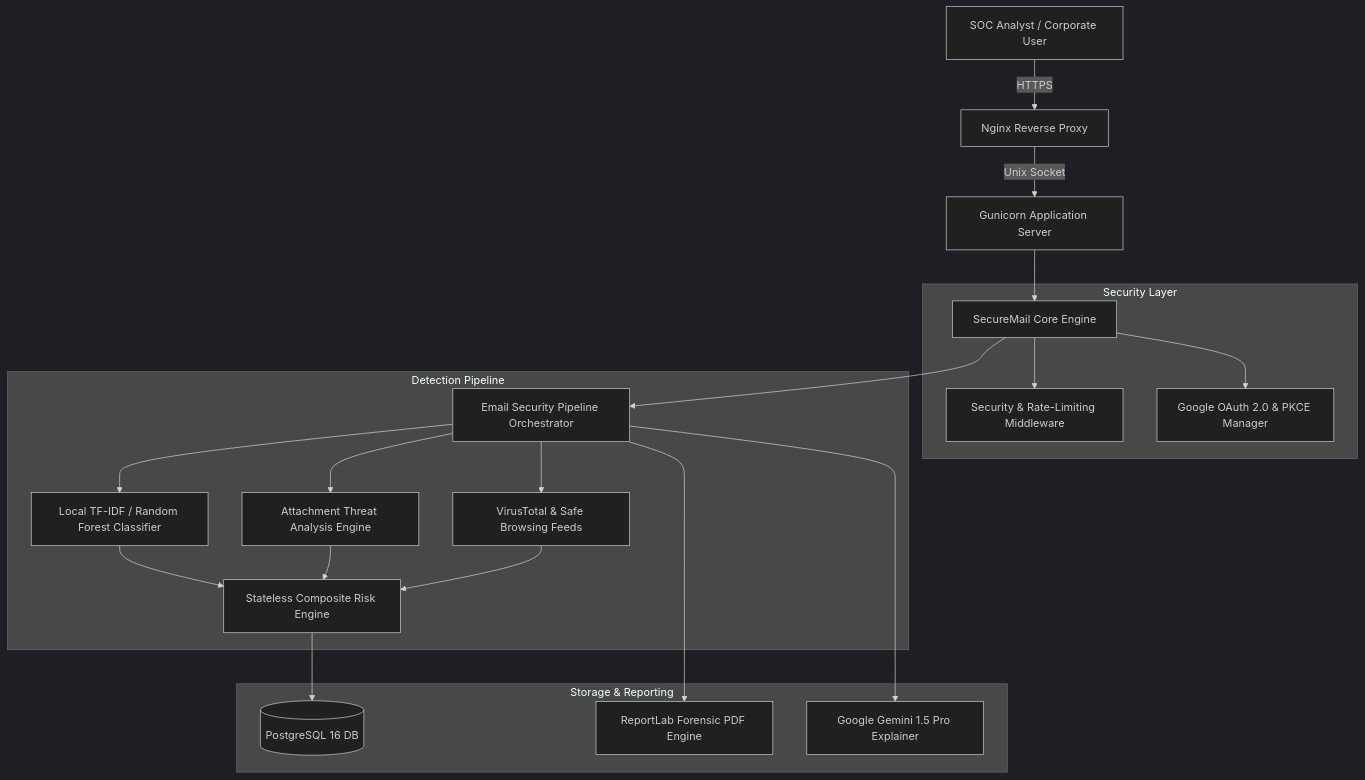
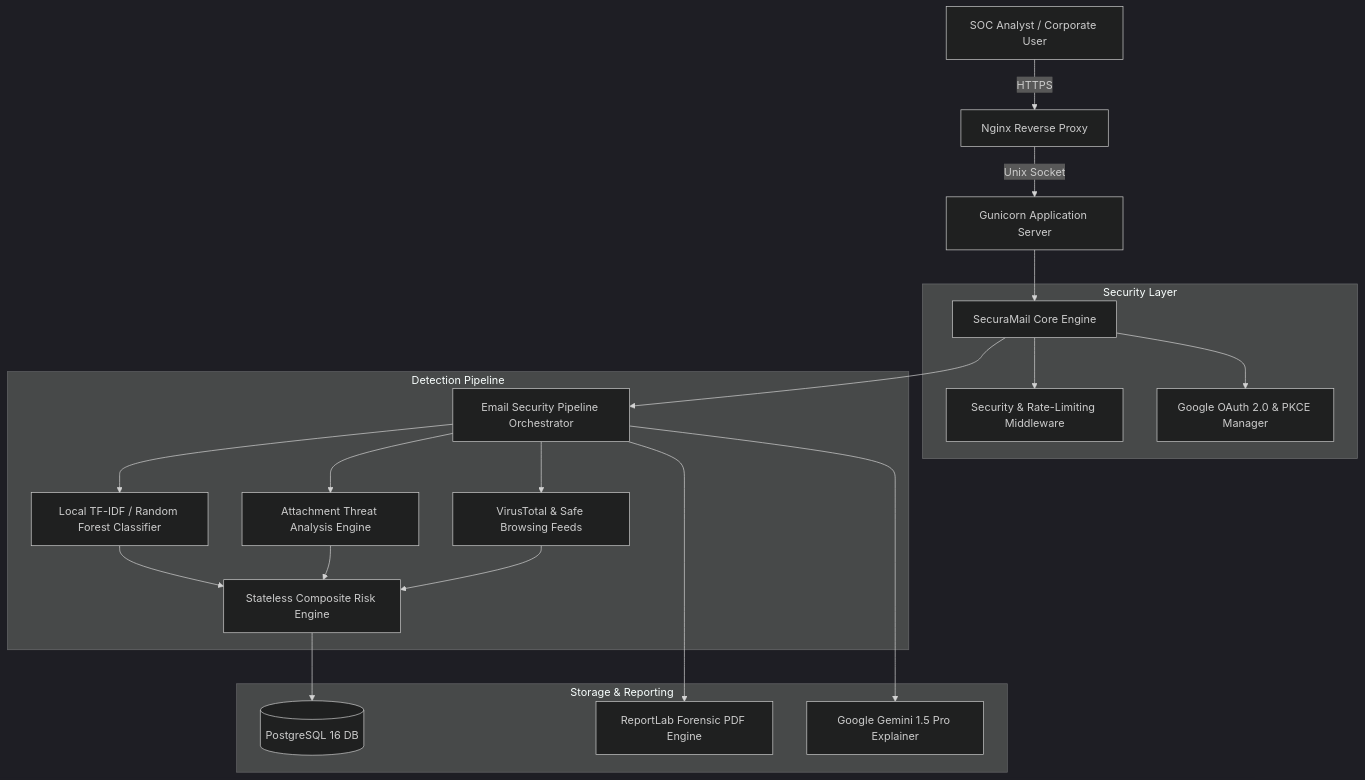
Before and after one commit to YuvrajSingh-21/SecureMail: the first of 2 diagrams in SECUREMAIL_MASTER_DOCUMENTATION.md, drawn with Mermaid (dark theme). The commit also changed other lines of this file and 42 other files, not shown here.

Commit message:
feat: rebrand SecureMail to SecuraMail

````diff
--- a/SECUREMAIL_MASTER_DOCUMENTATION.md
+++ b/SECUREMAIL_MASTER_DOCUMENTATION.md
@@ -75,28 +75,28 @@
 ```mermaid
 graph TB
     Client[SOC Analyst / Corporate User] -->|HTTPS| Nginx[Nginx Reverse Proxy]
     Nginx -->|Unix Socket| Gunicorn[Gunicorn Application Server]
-    Gunicorn --> DjangoCore[SecureMail Core Engine]
+    Gunicorn --> DjangoCore[SecuraMail Core Engine]
 
     subgraph Security Layer
         DjangoCore --> SecMW[Security & Rate-Limiting Middleware]
         DjangoCore --> AuthEngine[Google OAuth 2.0 & PKCE Manager]
     end
 
     subgraph Detection Pipeline
         DjangoCore --> Pipeline[Email Security Pipeline Orchestrator]
         Pipeline --> ML[Local TF-IDF / Random Forest Classifier]
         Pipeline --> ATAE[Attachment Threat Analysis Engine]
         Pipeline --> Intel[VirusTotal & Safe Browsing Feeds]
         
         ML --> RiskEngine[Stateless Composite Risk Engine]
         ATAE --> RiskEngine
         Intel --> RiskEngine
     end
 
     subgraph Storage & Reporting
         RiskEngine --> Postgres[(PostgreSQL 16 DB)]
         Pipeline --> PDFGen[ReportLab Forensic PDF Engine]
         Pipeline --> Gemini[Google Gemini 1.5 Pro Explainer]
     end
 ```
````
